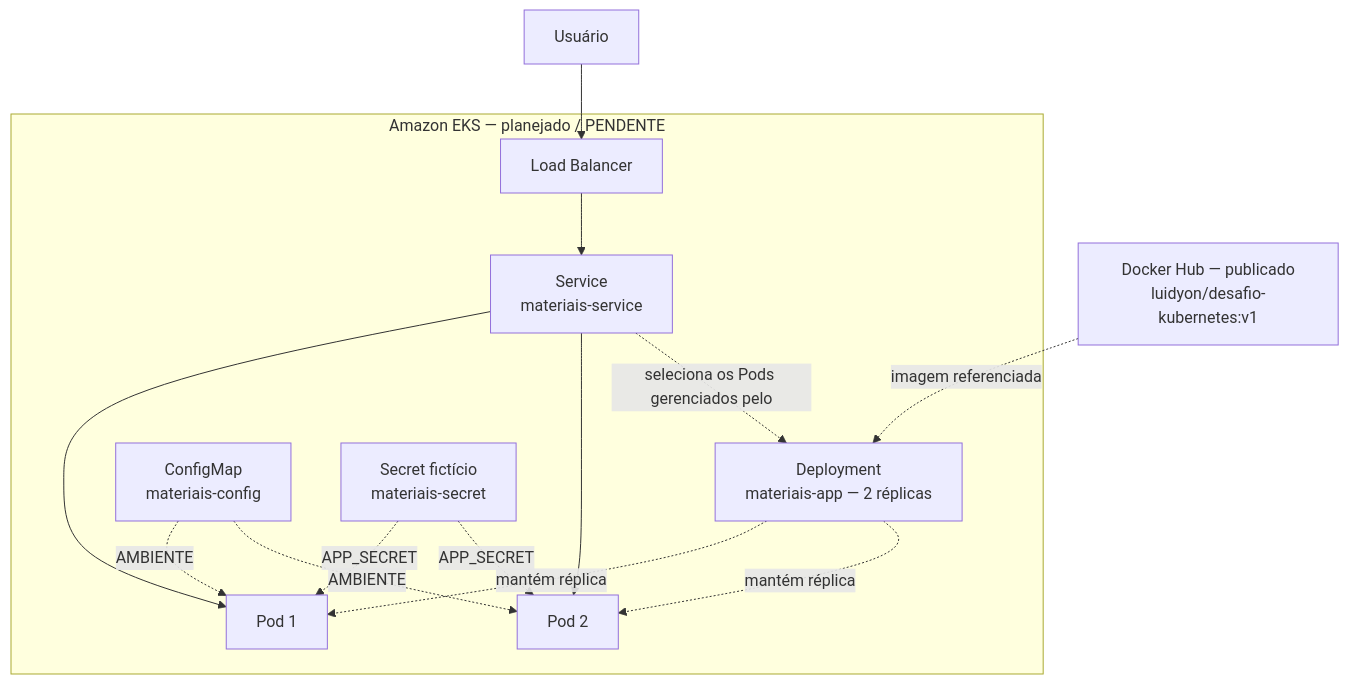
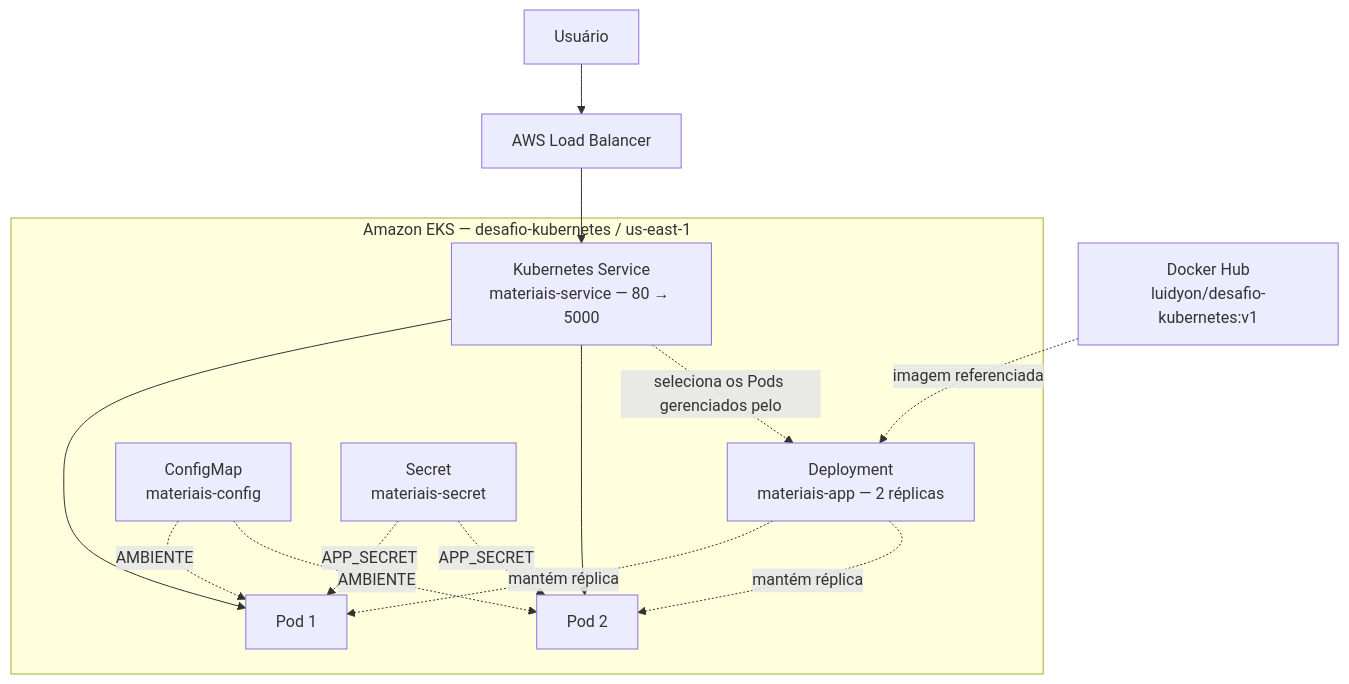
The diagram in README.md (LuidyOn/Desafio_Kubernetes), drawn with Mermaid before and after one commit. The commit also changed other lines of this file and 11 other files, not shown here.

````diff
--- a/README.md
+++ b/README.md
@@ -33,29 +47,29 @@
 ```mermaid
 flowchart TD
     U["Usuário"]
-    DH["Docker Hub — publicado<br/>luidyon/desafio-kubernetes:v1"]
+    LB["AWS Load Balancer"]
+    DH["Docker Hub<br/>luidyon/desafio-kubernetes:v1"]
 
-    subgraph EKS["Amazon EKS — planejado / PENDENTE"]
-        LB["Load Balancer"]
-        S["Service<br/>materiais-service"]
+    subgraph EKS["Amazon EKS — desafio-kubernetes / us-east-1"]
+        S["Kubernetes Service<br/>materiais-service — 80 → 5000"]
         D["Deployment<br/>materiais-app — 2 réplicas"]
         P1["Pod 1"]
         P2["Pod 2"]
         CM["ConfigMap<br/>materiais-config"]
-        SEC["Secret fictício<br/>materiais-secret"]
+        SEC["Secret<br/>materiais-secret"]
 
-        LB --> S
         S --> P1
         S --> P2
         S -.->|seleciona os Pods gerenciados pelo| D
         D -.->|mantém réplica| P1
         D -.->|mantém réplica| P2
         CM -.->|AMBIENTE| P1
         CM -.->|AMBIENTE| P2
         SEC -.->|APP_SECRET| P1
         SEC -.->|APP_SECRET| P2
     end
 
     U --> LB
+    LB --> S
     DH -.->|imagem referenciada| D
 ```
````
